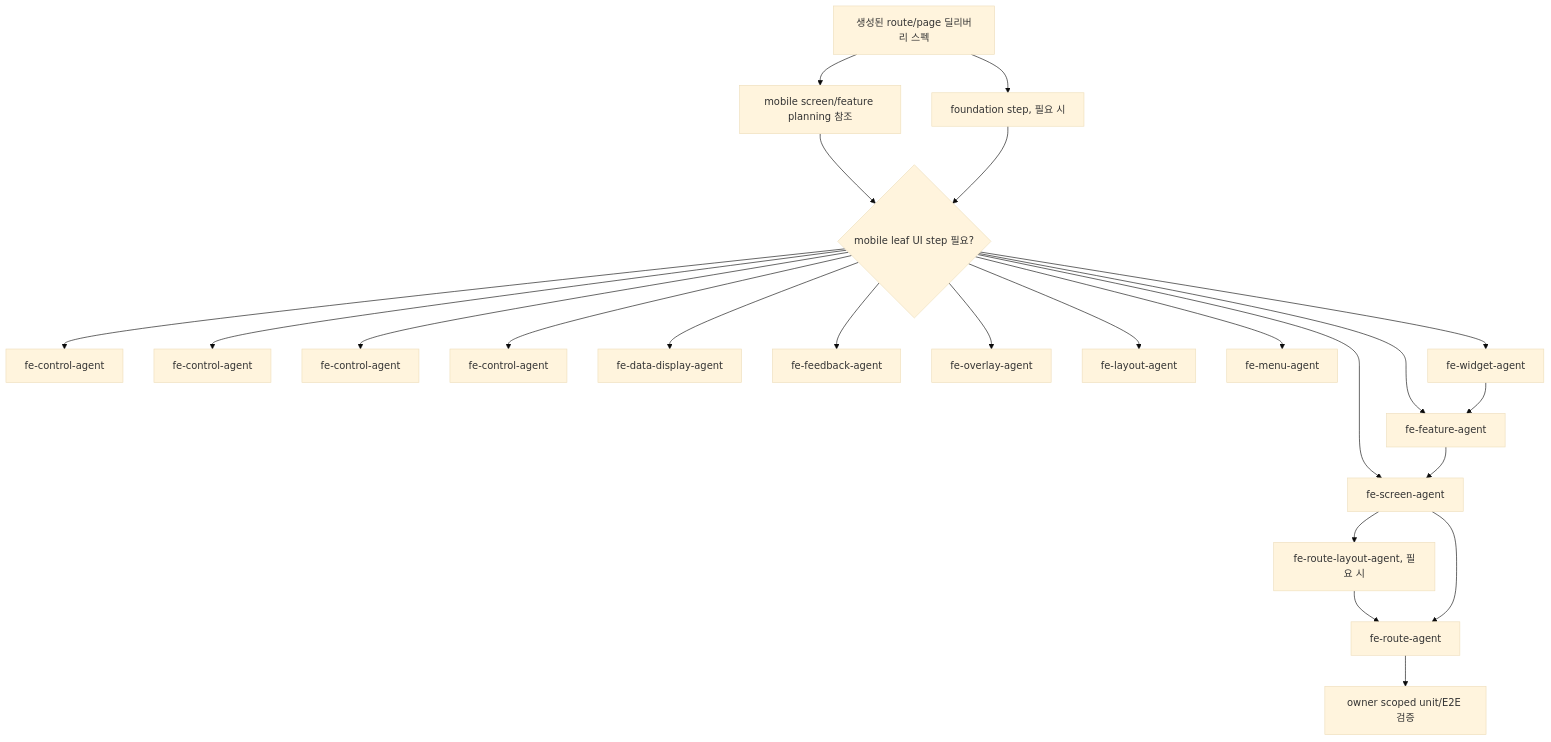
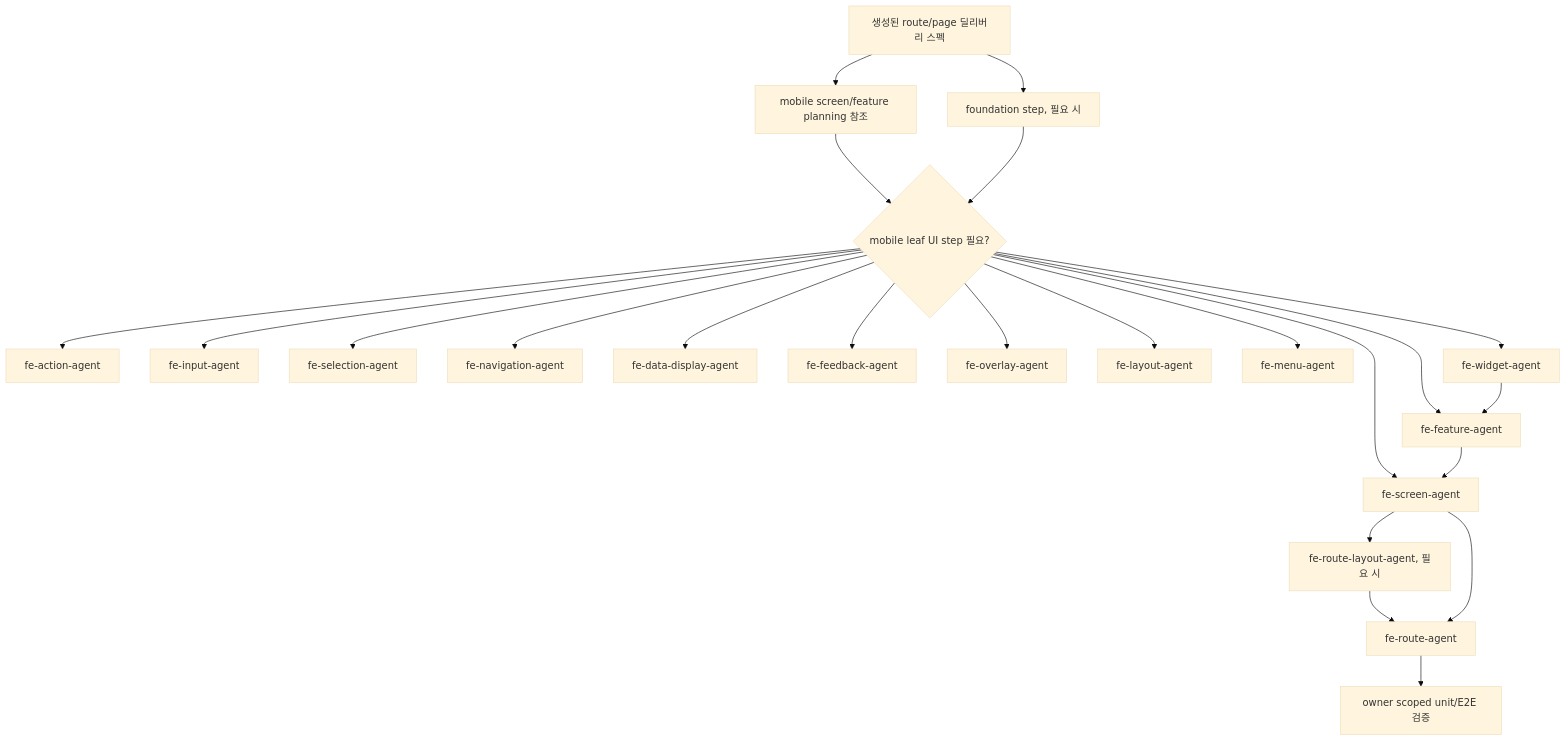
Before and after one commit to kimjoongwon/prj-core: the sixth of 6 diagrams in docs/orchestration-agent-relationship-flow.md, drawn with Mermaid (base theme). The commit also changed other lines of this file and 442 other files, not shown here.

````diff
--- a/docs/orchestration-agent-relationship-flow.md
+++ b/docs/orchestration-agent-relationship-flow.md
@@ -281,25 +304,25 @@
 ```mermaid
 flowchart TD
   Spec["생성된 route/page 딜리버리 스펙"] --> Planning["mobile screen/feature planning 참조"]
   Planning --> Leaf{"mobile leaf UI step 필요?"}
   Spec --> Foundation["foundation step, 필요 시"]
   Foundation --> Leaf
-  Leaf --> Action["fe-control-agent"]
-  Leaf --> Input["fe-control-agent"]
-  Leaf --> Selection["fe-control-agent"]
-  Leaf --> Navigation["fe-control-agent"]
+  Leaf --> Action["fe-action-agent"]
+  Leaf --> Input["fe-input-agent"]
+  Leaf --> Selection["fe-selection-agent"]
+  Leaf --> Navigation["fe-navigation-agent"]
   Leaf --> DataDisplay["fe-data-display-agent"]
   Leaf --> Feedback["fe-feedback-agent"]
   Leaf --> Overlay["fe-overlay-agent"]
   Leaf --> LayoutPrimitive["fe-layout-agent"]
   Leaf --> Menu["fe-menu-agent"]
   Leaf --> Widget["fe-widget-agent"]
   Leaf --> Feature["fe-feature-agent"]
   Leaf --> Screen["fe-screen-agent"]
   Widget --> Feature
   Feature --> Screen
   Screen --> Layout["fe-route-layout-agent, 필요 시"]
   Layout --> Route["fe-route-agent"]
   Screen --> Route
   Route --> Verify["owner scoped unit/E2E 검증"]
 ```
````
